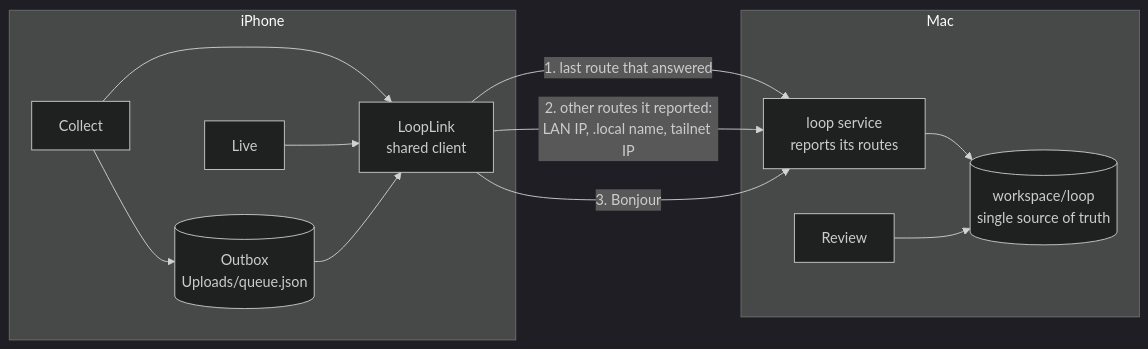
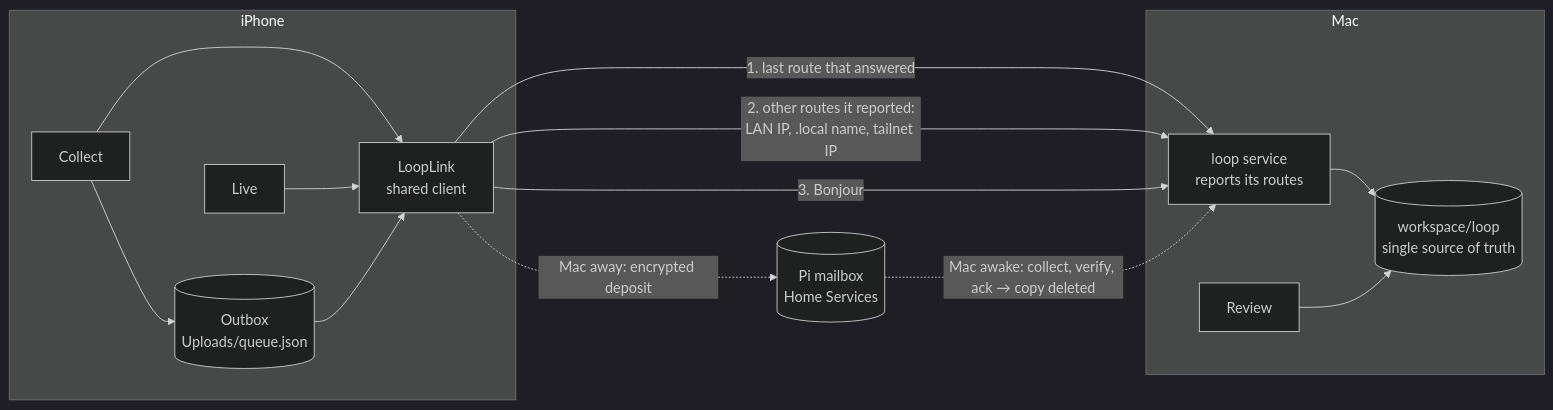
One commit to ZSturman/Chew-Sense changed the second of 3 diagrams in docs/COMMUNICATION.md. Above: the diagram before and after it, drawn with Mermaid (dark theme). The commit also changed other lines of this file and 24 other files, not shown here.

````diff
--- a/docs/COMMUNICATION.md
+++ b/docs/COMMUNICATION.md
@@ -82,19 +84,21 @@
 ```mermaid
 flowchart LR
     subgraph iPhone
         C[Collect] --> O[(Outbox<br/>Uploads/queue.json)]
         L[Live]
         C & L --> K[LoopLink<br/>shared client]
         O --> K
     end
     subgraph Mac
         S[loop service<br/>reports its routes]
         W[(workspace/loop<br/>single source of truth)]
         R[Review]
     end
     K -- "1. last route that answered" --> S
     K -- "2. other routes it reported:<br/>LAN IP, .local name, tailnet IP" --> S
     K -- "3. Bonjour" --> S
+    K -. "Mac away: encrypted deposit" .-> H[(Pi mailbox<br/>Home Services)]
+    H -. "Mac awake: collect, verify, ack → copy deleted" .-> S
     S --> W
     R --> W
 ```
````
